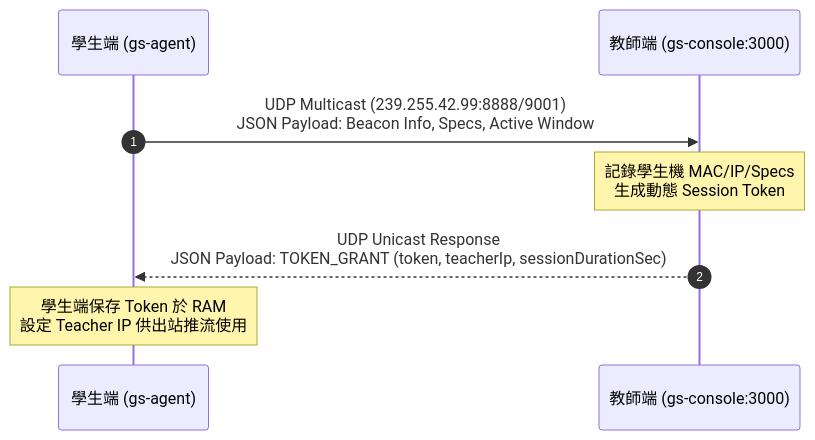
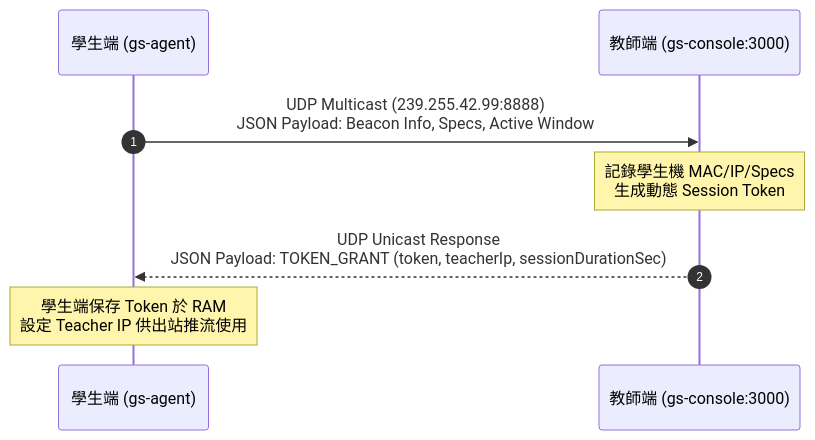
One commit to zzlee/gridsight changed the first of 4 diagrams in docs/protocol_spec.md. Above: the diagram before and after it, drawn with Mermaid. The commit also changed other lines of this file and 15 other files, not shown here.

````diff
--- a/docs/protocol_spec.md
+++ b/docs/protocol_spec.md
@@ -27,11 +27,11 @@
 ```mermaid
 sequenceDiagram
     autonumber
     participant Student as 學生端 (gs-agent)
     participant Teacher as 教師端 (gs-console:3000)
 
-    Student->>Teacher: UDP Multicast (239.255.42.99:8888/9001)<br/>JSON Payload: Beacon Info, Specs, Active Window
+    Student->>Teacher: UDP Multicast (239.255.42.99:8888)<br/>JSON Payload: Beacon Info, Specs, Active Window
     Note over Teacher: 記錄學生機 MAC/IP/Specs<br/>生成動態 Session Token
     Teacher-->>Student: UDP Unicast Response<br/>JSON Payload: TOKEN_GRANT (token, teacherIp, sessionDurationSec)
     Note over Student: 學生端保存 Token 於 RAM<br/>設定 Teacher IP 供出站推流使用
 ```
````
